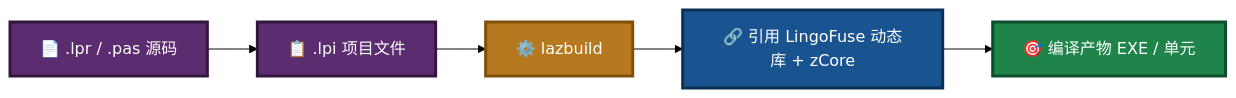
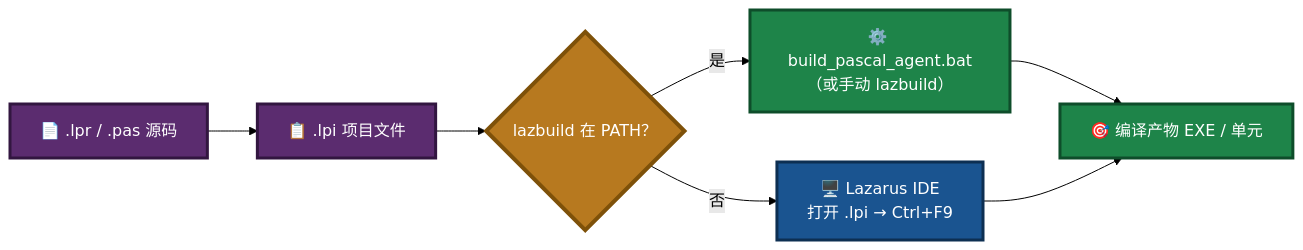
The third of 4 diagrams in Build_Guide.md (PassByYou888/LingoFuse-pasAgent-v3), drawn with Mermaid (forest theme) before and after one commit. The commit also changed other lines of this file and 83 other files, not shown here.

````diff
--- a/Build_Guide.md
+++ b/Build_Guide.md
@@ -449,13 +459,16 @@
 ```mermaid
 flowchart LR
     A["📄 .lpr / .pas 源码"] --> B["📋 .lpi 项目文件"]
-    B --> C["⚙️ lazbuild"]
-    C --> D["🔗 引用 LingoFuse 动态库 + zCore"]
-    D --> E["🎯 编译产物 EXE / 单元"]
+    B --> C{"lazbuild 在 PATH？"}
+    C -->|"是"| D["⚙️ build_pascal_agent.bat<br/>（或手动 lazbuild）"]
+    C -->|"否"| E["🖥️ Lazarus IDE<br/>打开 .lpi → Ctrl+F9"]
+    D --> F["🎯 编译产物 EXE / 单元"]
+    E --> F
 
     style A fill:#5B2C6F,stroke:#321640,stroke-width:3px,color:#FFFFFF
     style B fill:#5B2C6F,stroke:#321640,stroke-width:3px,color:#FFFFFF
-    style C fill:#B7791F,stroke:#7E5109,stroke-width:3px,color:#FFFFFF
-    style D fill:#1A5490,stroke:#0D2F52,stroke-width:3px,color:#FFFFFF
-    style E fill:#1E8449,stroke:#0E4D2A,stroke-width:3px,color:#FFFFFF
+    style C fill:#B7791F,stroke:#7E5109,stroke-width:4px,color:#FFFFFF
+    style D fill:#1E8449,stroke:#0E4D2A,stroke-width:3px,color:#FFFFFF
+    style E fill:#1A5490,stroke:#0D2F52,stroke-width:3px,color:#FFFFFF
+    style F fill:#1E8449,stroke:#0E4D2A,stroke-width:3px,color:#FFFFFF
 ```
````
